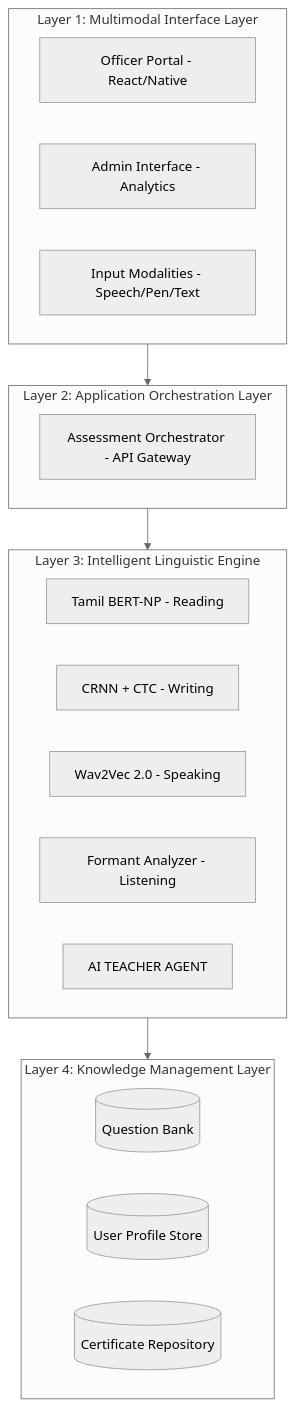
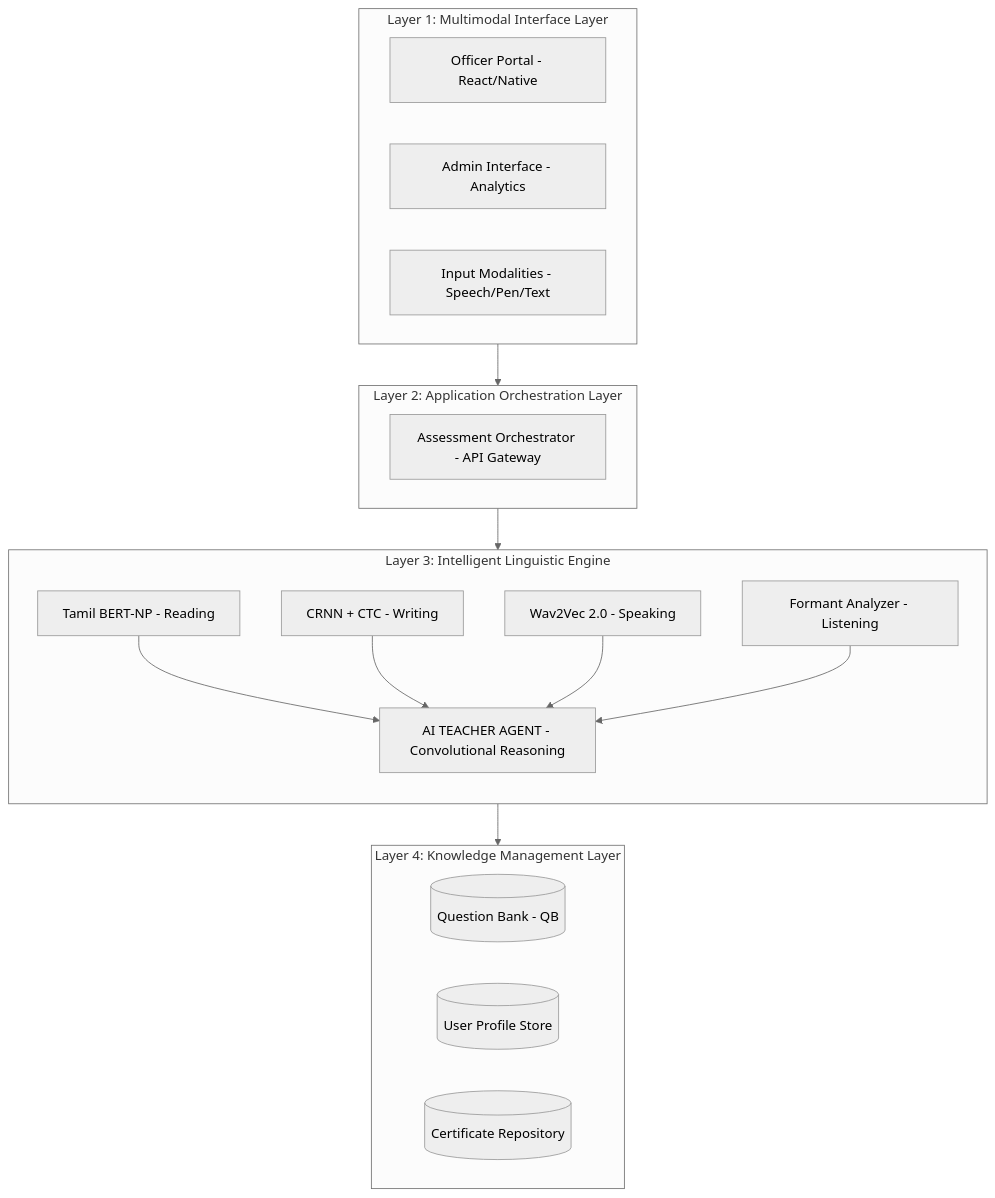
One commit to Saravanan2005real/Tamil-Prouficiency-Assesment-Platform-IITM changed the first of 5 diagrams in README.md. Above: the diagram before and after it, drawn with Mermaid (neutral theme). The commit also changed other lines of this file and 7 other files, not shown here.

Commit message:
Update documentation and architecture with 5 professional diagrams and mockups

````diff
--- a/README.md
+++ b/README.md
@@ -23,30 +17,39 @@
 ```mermaid
 graph TD
+    %% Layer 1
     subgraph MIL [Layer 1: Multimodal Interface Layer]
         A[Officer Portal - React/Native]
         B[Admin Interface - Analytics]
         C[Input Modalities - Speech/Pen/Text]
     end
 
+    %% Layer 2
     subgraph AOL [Layer 2: Application Orchestration Layer]
         D[Assessment Orchestrator - API Gateway]
     end
 
+    %% Layer 3
     subgraph ILE [Layer 3: Intelligent Linguistic Engine]
+        direction TB
         E[Tamil BERT-NP - Reading]
         F[CRNN + CTC - Writing]
         G[Wav2Vec 2.0 - Speaking]
         H[Formant Analyzer - Listening]
-        I[AI TEACHER AGENT]
+        I[AI TEACHER AGENT - Convolutional Reasoning]
     end
 
+    %% Layer 4
     subgraph KML [Layer 4: Knowledge Management Layer]
-        J[(Question Bank)]
+        J[(Question Bank - QB)]
         K[(User Profile Store)]
         L[(Certificate Repository)]
     end
 
+    %% Connections
     MIL --> AOL
     AOL --> ILE
     ILE --> KML
+    
+    %% Internal ILE connections
+    E & F & G & H --> I
 ```
````
